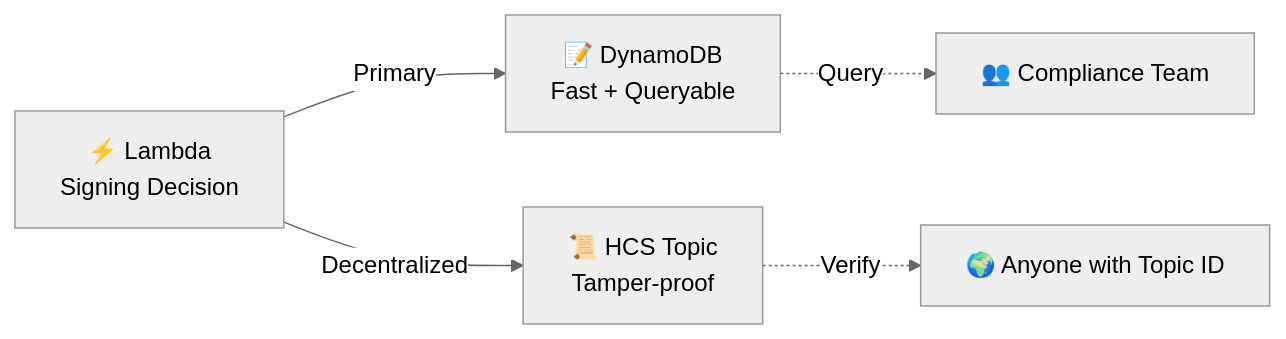
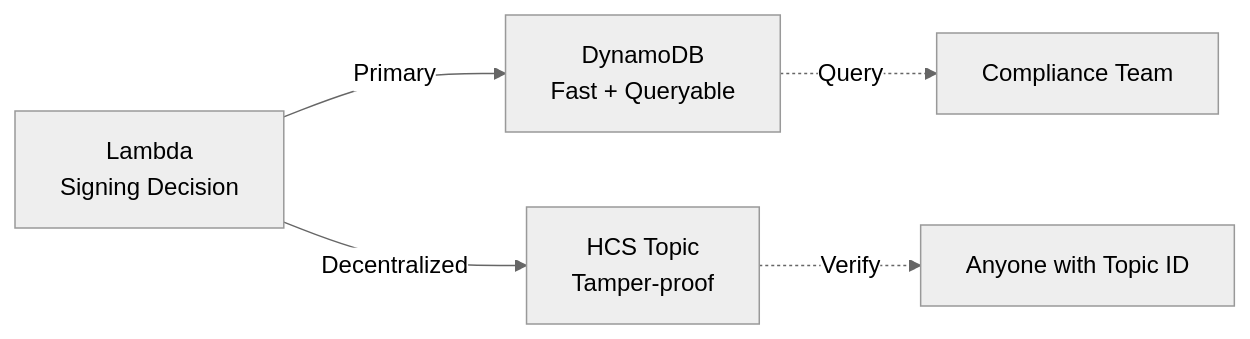
The tenth of 10 diagrams in docs/architecture.md (umarhashmi2002/hedera-kms-signer), drawn with Mermaid (neutral theme) before and after one commit. The commit also changed other lines of this file and 3 other files, not shown here.

````diff
--- a/docs/architecture.md
+++ b/docs/architecture.md
@@ -490,7 +490,7 @@
 ```mermaid
 graph LR
-    Lambda[⚡ Lambda<br/>Signing Decision] -->|Primary| DDB[📝 DynamoDB<br/>Fast + Queryable]
-    Lambda -->|Decentralized| HCS[📜 HCS Topic<br/>Tamper-proof]
-    DDB -.->|Query| Compliance[👥 Compliance Team]
-    HCS -.->|Verify| Anyone[🌍 Anyone with Topic ID]
+    Lambda[Lambda<br/>Signing Decision] -->|Primary| DDB[DynamoDB<br/>Fast + Queryable]
+    Lambda -->|Decentralized| HCS[HCS Topic<br/>Tamper-proof]
+    DDB -.->|Query| Compliance[Compliance Team]
+    HCS -.->|Verify| Anyone[Anyone with Topic ID]
 ```
````
